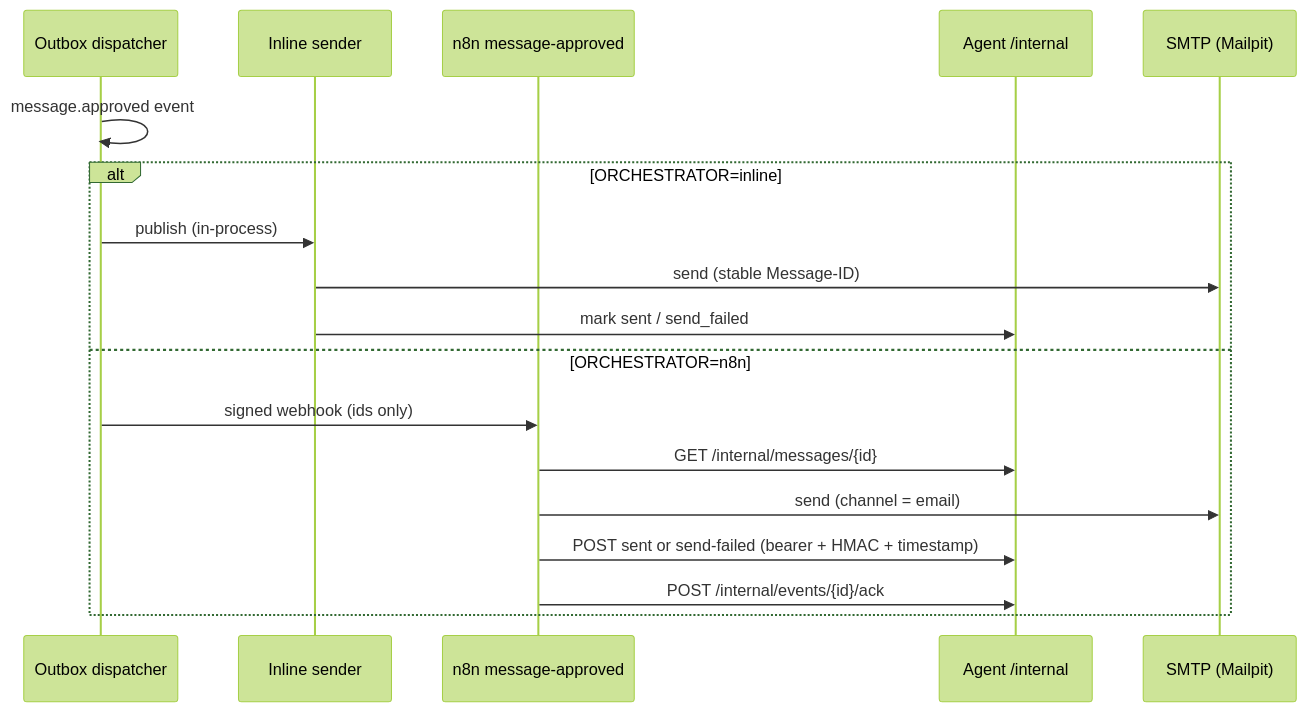
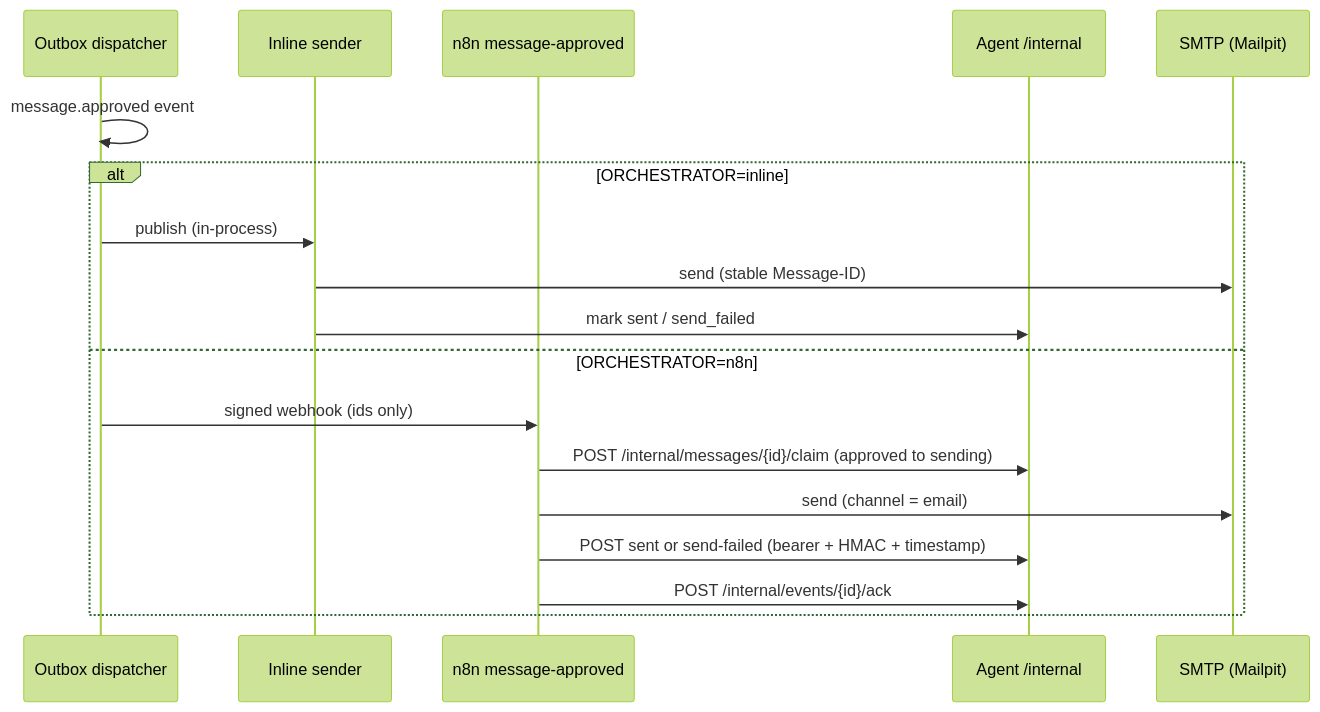
The fourth of 5 diagrams in docs/architecture.md (felipemoreno66/ai-lead-qualifier), drawn with Mermaid (forest theme) before and after one commit. The commit also changed other lines of this file and 2 other files, not shown here.

````diff
--- a/docs/architecture.md
+++ b/docs/architecture.md
@@ -172,20 +172,20 @@
 ```mermaid
 sequenceDiagram
   participant D as Outbox dispatcher
   participant I as Inline sender
   participant N as n8n message-approved
   participant A as Agent /internal
   participant S as SMTP (Mailpit)
   D->>D: message.approved event
   alt ORCHESTRATOR=inline
     D->>I: publish (in-process)
     I->>S: send (stable Message-ID)
     I->>A: mark sent / send_failed
   else ORCHESTRATOR=n8n
     D->>N: signed webhook (ids only)
-    N->>A: GET /internal/messages/{id}
+    N->>A: POST /internal/messages/{id}/claim (approved to sending)
     N->>S: send (channel = email)
     N->>A: POST sent or send-failed (bearer + HMAC + timestamp)
     N->>A: POST /internal/events/{id}/ack
   end
 ```
````
